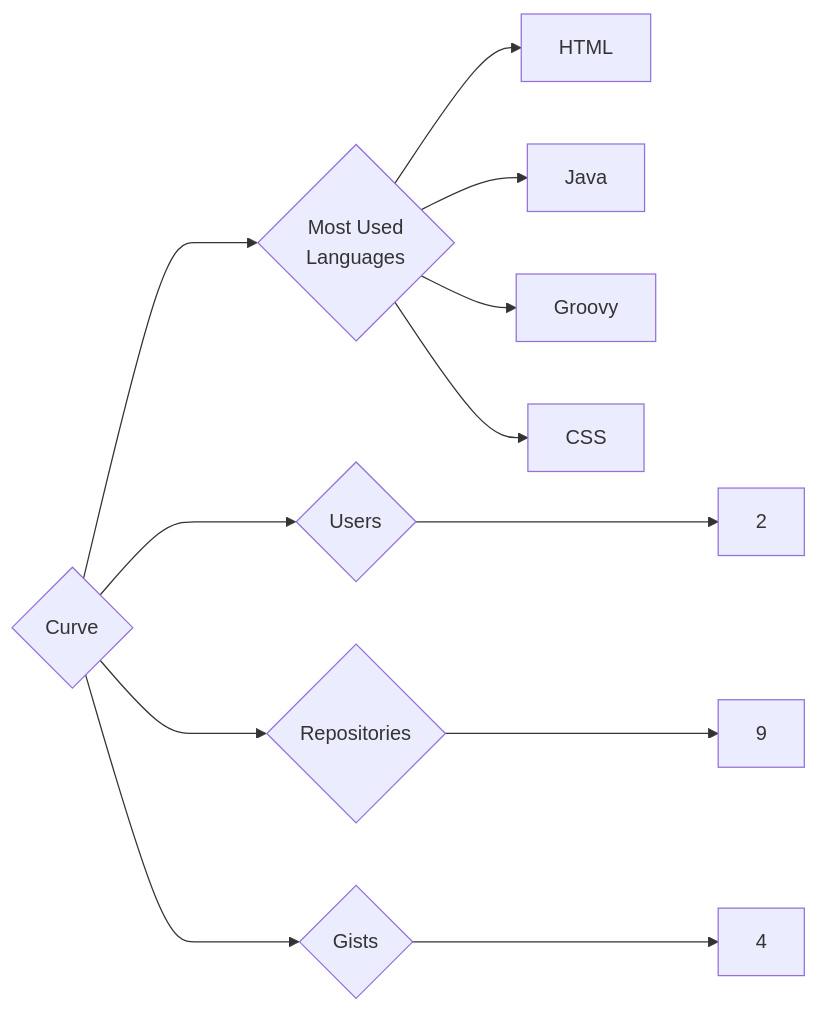
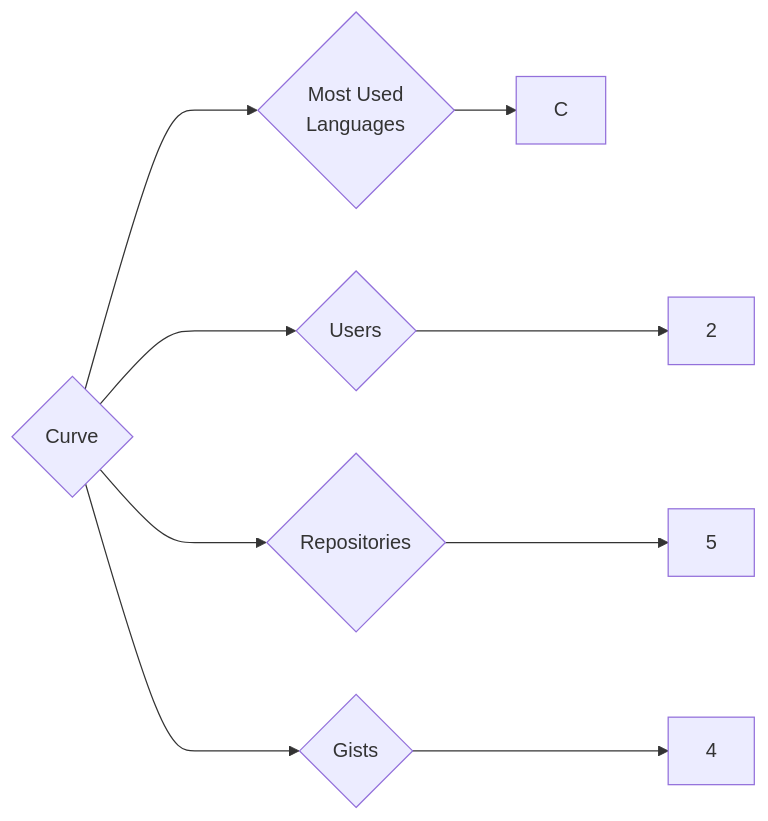
One commit to trickest/insiders changed the diagram in targets/Curve/README.md. Above: the diagram before and after it, drawn with Mermaid. The commit also changed 874 other files, not shown here.

````diff
--- a/targets/Curve/README.md
+++ b/targets/Curve/README.md
@@ -3,12 +3,9 @@
 ```mermaid
 graph LR
 COMPANY_NAME{Curve}
 COMPANY_NAME ---> U{Users} ---> UN[2]
-COMPANY_NAME ---> R{Repositories} ---> RN[9]
+COMPANY_NAME ---> R{Repositories} ---> RN[5]
 COMPANY_NAME ---> G{Gists} ---> GN[4]
 COMPANY_NAME ---> ML{Most Used<br>Languages}
-ML --> HTML[HTML]
-ML --> Java[Java]
-ML --> Groovy[Groovy]
-ML --> CSS[CSS]
+ML --> C[C]
 ```
````
